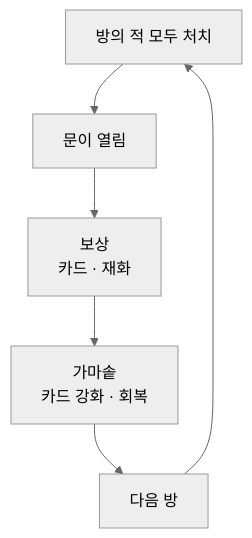
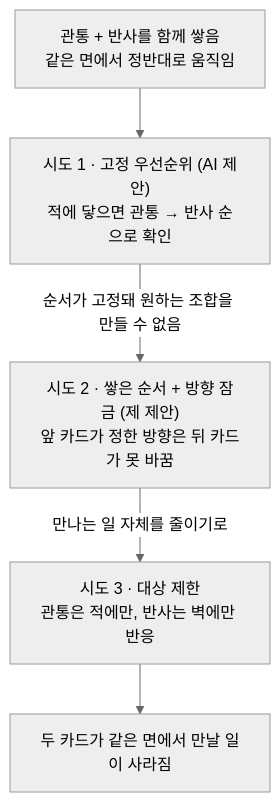
The fifth of 19 diagrams in src/03-MagiCard/프로젝트문서.md (SaGiKun4/portfolio-SaGiKun4), drawn with Mermaid (neutral theme) before and after one commit. The commit also changed other lines of this file and 124 other files, not shown here.

````diff
--- a/src/03-MagiCard/프로젝트문서.md
+++ b/src/03-MagiCard/프로젝트문서.md
@@ -58,8 +242,7 @@
 ```mermaid
 flowchart TB
-    D["방의 적 모두 처치"] --> X["문이 열림"]
-    X --> E["보상<br/>카드 · 재화"]
-    E --> F["가마솥<br/>카드 강화 · 회복"]
-    F --> G["다음 방"]
-    G --> D
+    A["관통 + 반사를 함께 쌓음<br/>같은 면에서 정반대로 움직임"] --> B["시도 1 · 고정 우선순위 (AI 제안)<br/>적에 닿으면 관통 → 반사 순으로 확인"]
+    B -->|"순서가 고정돼 원하는 조합을 만들 수 없음"| C["시도 2 · 쌓은 순서 + 방향 잠금 (제 제안)<br/>앞 카드가 정한 방향은 뒤 카드가 못 바꿈"]
+    C -->|"만나는 일 자체를 줄이기로"| D["시도 3 · 대상 제한<br/>관통은 적에만, 반사는 벽에만 반응"]
+    D --> E["두 카드가 같은 면에서 만날 일이 사라짐"]
 ```
````
